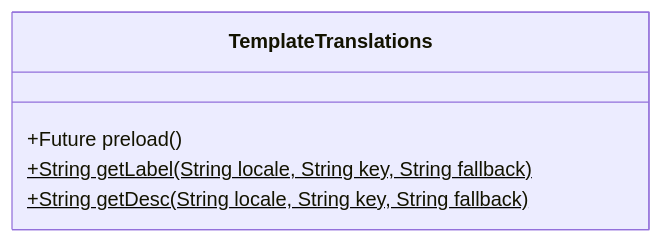
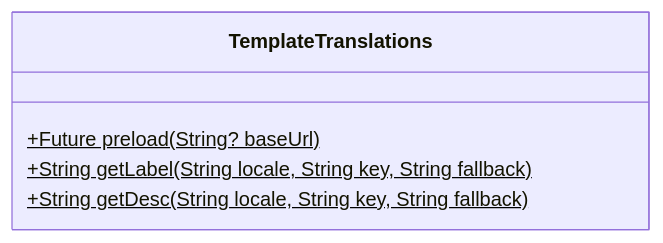
Diagram 13 of 14 in docs/docs/developer/mobile/app-architecture.md (abrahdev/karter), drawn with Mermaid before and after one commit. The commit also changed other lines of this file and 6 other files, not shown here.

````diff
--- a/docs/docs/developer/mobile/app-architecture.md
+++ b/docs/docs/developer/mobile/app-architecture.md
@@ -389,8 +389,8 @@
 ```mermaid
 classDiagram
     class TemplateTranslations {
-        +Future<void> preload()
+        +Future<void> preload(String? baseUrl)$
         +String getLabel(String locale, String key, String fallback)$
         +String getDesc(String locale, String key, String fallback)$
     }
 ```
````
